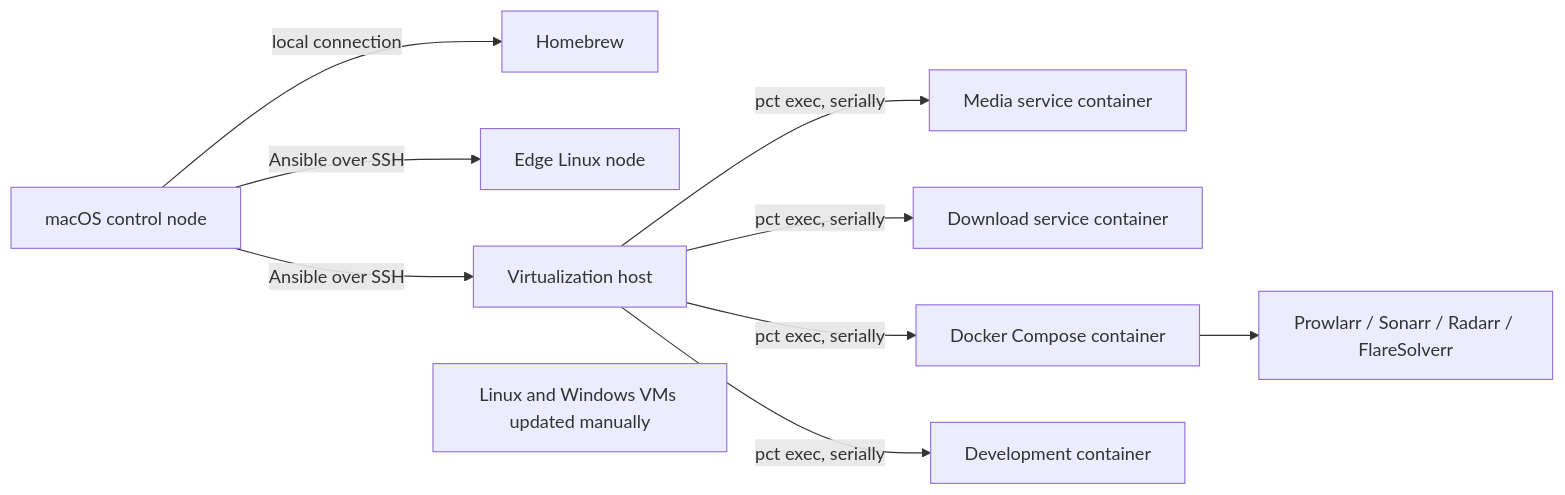
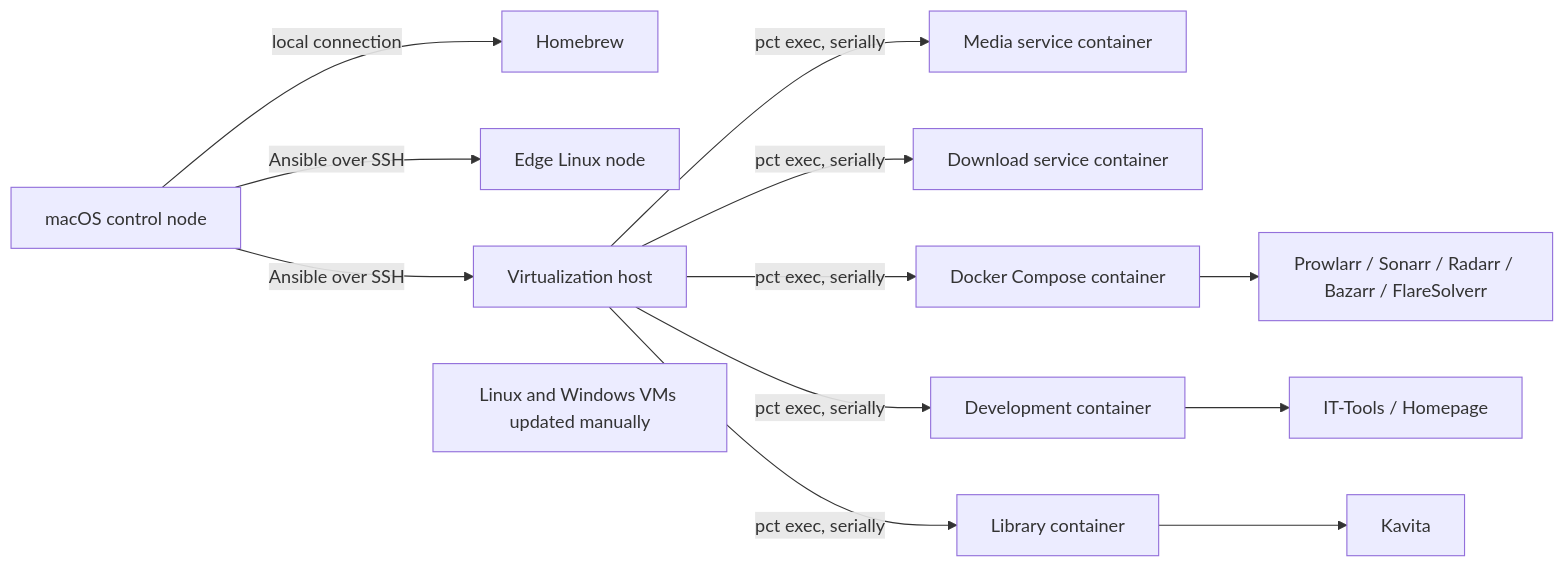
Before and after one commit to stonalampa/homelab-ansible: the diagram in README.md, drawn with Mermaid.

Commit message:
Updating readme with bazarr and kavita

````diff
--- a/README.md
+++ b/README.md
@@ -30,12 +30,15 @@
 ```mermaid
 flowchart LR
     Mac[macOS control node] -->|local connection| Brew[Homebrew]
     Mac -->|Ansible over SSH| Pi[Edge Linux node]
     Mac -->|Ansible over SSH| Hypervisor[Virtualization host]
     Hypervisor -->|pct exec, serially| Media[Media service container]
     Hypervisor -->|pct exec, serially| Download[Download service container]
     Hypervisor -->|pct exec, serially| Stack[Docker Compose container]
     Hypervisor -->|pct exec, serially| Dev[Development container]
+    Hypervisor -->|pct exec, serially| Library[Library container]
     Mac ~~~ VMs[Linux and Windows VMs updated manually]
-    Stack --> Apps[Prowlarr / Sonarr / Radarr / FlareSolverr]
+    Stack --> Apps[Prowlarr / Sonarr / Radarr / Bazarr / FlareSolverr]
+    Dev --> DevApps[IT-Tools / Homepage]
+    Library --> LibApps[Kavita]
 ```
````
